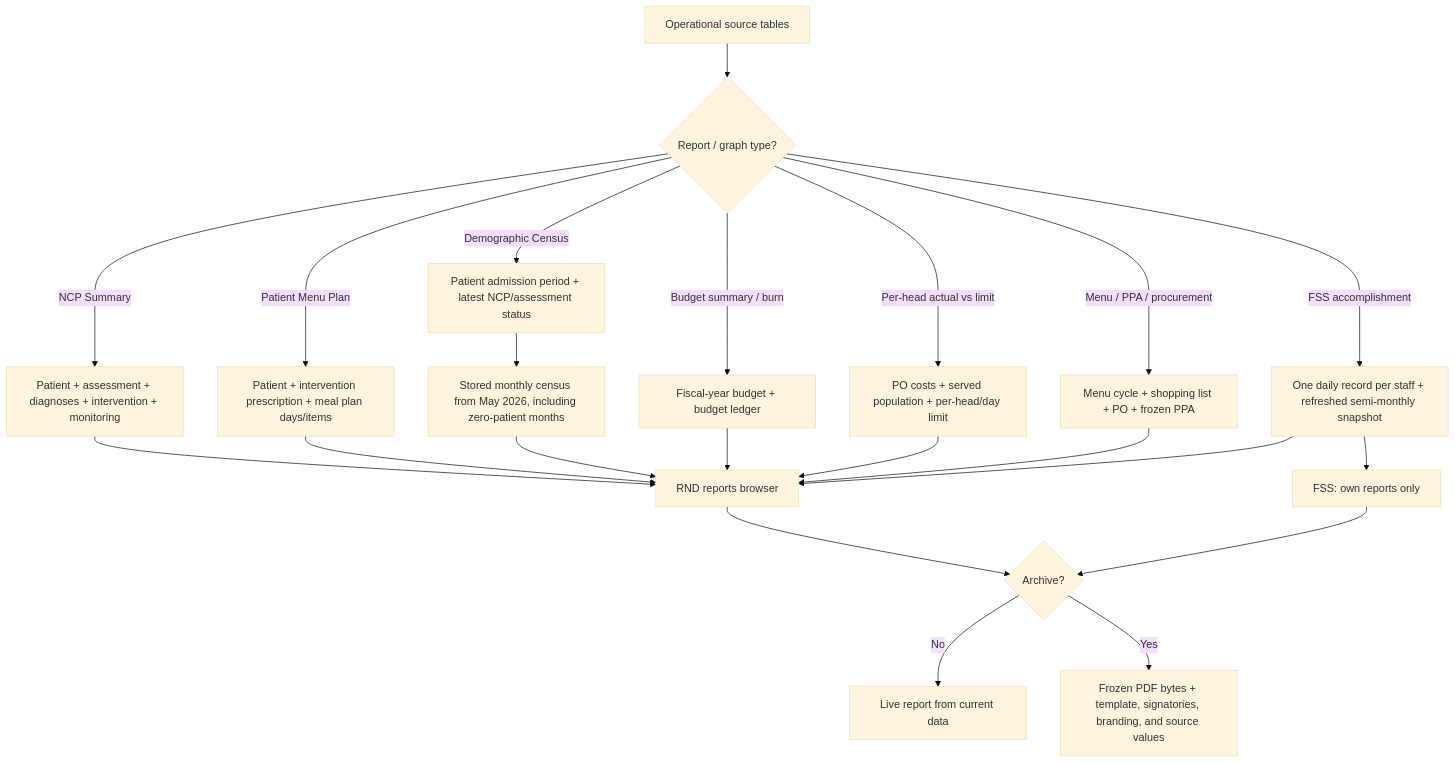
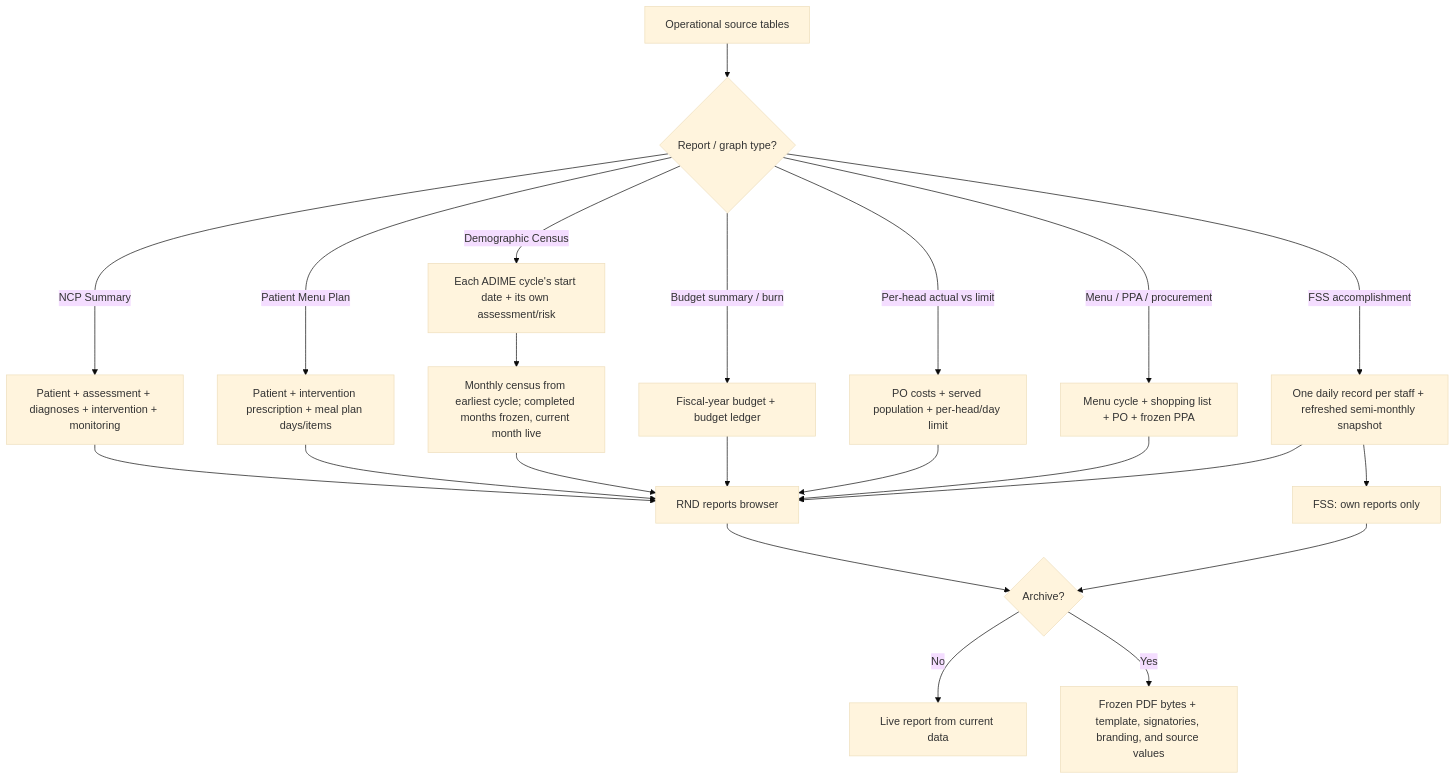
Before and after one commit to ja2gc/Nutriscope: the eighth of 9 diagrams in docs/module-workflow-flowchart.md, drawn with Mermaid (base theme). The commit also changed 64 other files, not shown here.

````diff
--- a/docs/module-workflow-flowchart.md
+++ b/docs/module-workflow-flowchart.md
@@ -270,26 +270,26 @@
 ```mermaid
 flowchart TD
     A["Operational source tables"] --> B{"Report / graph type?"}
     B -->|"NCP Summary"| C["Patient + assessment + diagnoses + intervention + monitoring"]
     B -->|"Patient Menu Plan"| D["Patient + intervention prescription + meal plan days/items"]
-    B -->|"Demographic Census"| E["Patient admission period + latest NCP/assessment status"]
+    B -->|"Demographic Census"| E["Each ADIME cycle's start date + its own assessment/risk"]
     B -->|"Budget summary / burn"| F["Fiscal-year budget + budget ledger"]
     B -->|"Per-head actual vs limit"| G["PO costs + served population + per-head/day limit"]
     B -->|"Menu / PPA / procurement"| H["Menu cycle + shopping list + PO + frozen PPA"]
     B -->|"FSS accomplishment"| I["One daily record per staff + refreshed semi-monthly snapshot"]
 
     C --> J["RND reports browser"]
     D --> J
-    E --> O["Stored monthly census from May 2026, including zero-patient months"]
+    E --> O["Monthly census from earliest cycle; completed months frozen, current month live"]
     O --> J
     F --> J
     G --> J
     H --> J
     I --> J
     I --> K["FSS: own reports only"]
 
     J --> L{"Archive?"}
     K --> L
     L -->|"No"| M["Live report from current data"]
     L -->|"Yes"| N["Frozen PDF bytes + template, signatories, branding, and source values"]
 ```
````
